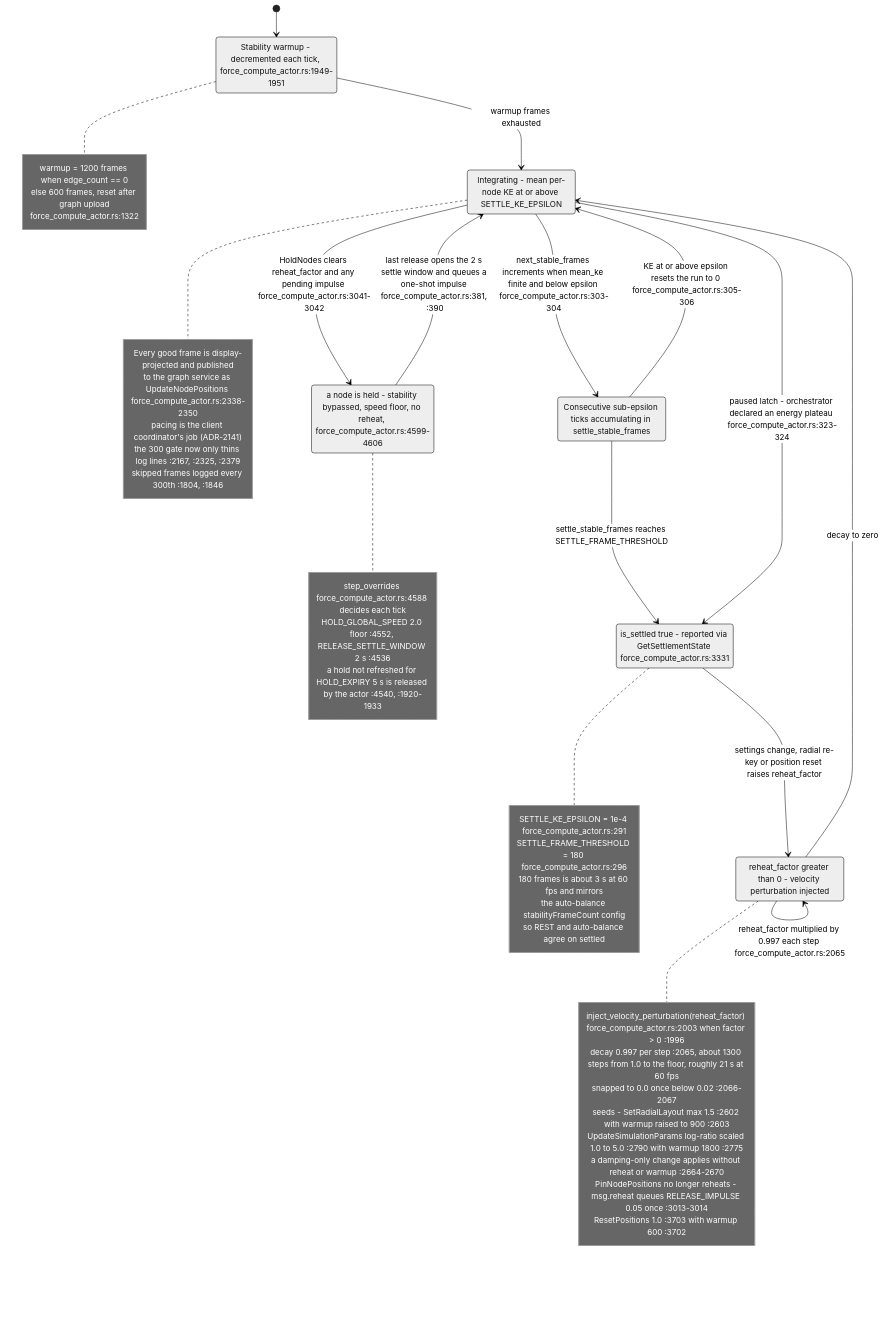
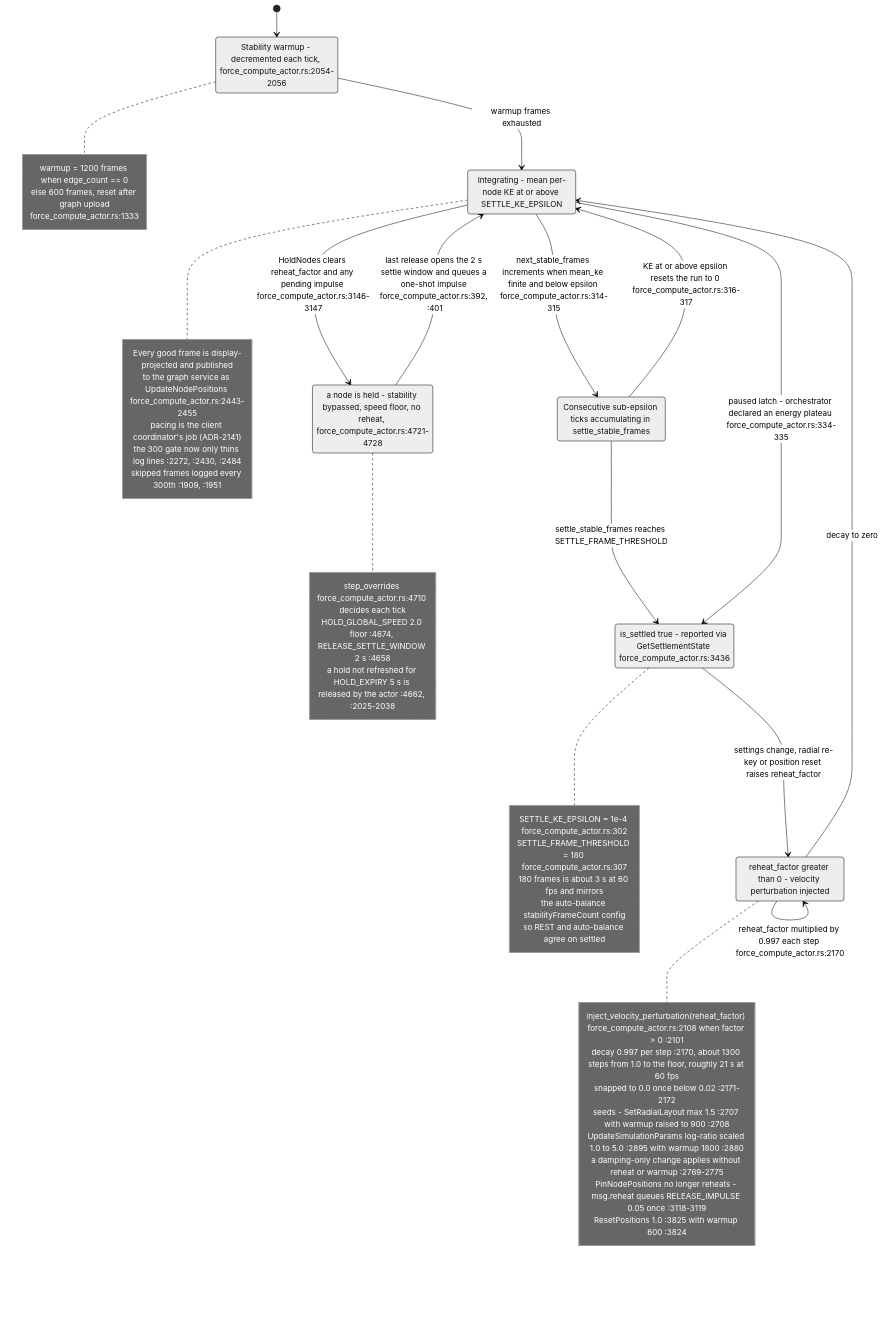
Before and after one commit to DreamLab-AI/VisionFlow: the seventh of 9 diagrams in docs/diagrams/visionclaw/11-physics-step-and-force-channels.md, drawn with Mermaid (neutral theme). The commit also changed other lines of this file and 81 other files, not shown here.

First line of the commit message:
docs(diagrams): roll VisionClaw topics to main 010e1109b (PR 37 and 38 merged); fix remaining prose citations

````diff
--- a/docs/diagrams/visionclaw/11-physics-step-and-force-channels.md
+++ b/docs/diagrams/visionclaw/11-physics-step-and-force-channels.md
@@ -285,56 +282,56 @@
 ```mermaid
 stateDiagram-v2
     [*] --> Warmup
-    Warmup: Stability warmup - decremented each tick, force_compute_actor.rs:1949-1951
+    Warmup: Stability warmup - decremented each tick, force_compute_actor.rs:2054-2056
     Active: Integrating - mean per-node KE at or above SETTLE_KE_EPSILON
     Settling: Consecutive sub-epsilon ticks accumulating in settle_stable_frames
-    Settled: is_settled true - reported via GetSettlementState force_compute_actor.rs:3331
+    Settled: is_settled true - reported via GetSettlementState force_compute_actor.rs:3436
     Reheated: reheat_factor greater than 0 - velocity perturbation injected
-    Held: a node is held - stability bypassed, speed floor, no reheat, force_compute_actor.rs:4599-4606
+    Held: a node is held - stability bypassed, speed floor, no reheat, force_compute_actor.rs:4721-4728
 
     Warmup --> Active: warmup frames exhausted
-    Active --> Settling: next_stable_frames increments when mean_ke finite and below epsilon force_compute_actor.rs:303-304
-    Settling --> Active: KE at or above epsilon resets the run to 0 force_compute_actor.rs:305-306
+    Active --> Settling: next_stable_frames increments when mean_ke finite and below epsilon force_compute_actor.rs:314-315
+    Settling --> Active: KE at or above epsilon resets the run to 0 force_compute_actor.rs:316-317
     Settling --> Settled: settle_stable_frames reaches SETTLE_FRAME_THRESHOLD
-    Active --> Settled: paused latch - orchestrator declared an energy plateau force_compute_actor.rs:323-324
+    Active --> Settled: paused latch - orchestrator declared an energy plateau force_compute_actor.rs:334-335
     Settled --> Reheated: settings change, radial re-key or position reset raises reheat_factor
     Reheated --> Active: decay to zero
-    Reheated --> Reheated: reheat_factor multiplied by 0.997 each step force_compute_actor.rs:2065
-    Active --> Held: HoldNodes clears reheat_factor and any pending impulse force_compute_actor.rs:3041-3042
-    Held --> Active: last release opens the 2 s settle window and queues a one-shot impulse force_compute_actor.rs:381, :390
+    Reheated --> Reheated: reheat_factor multiplied by 0.997 each step force_compute_actor.rs:2170
+    Active --> Held: HoldNodes clears reheat_factor and any pending impulse force_compute_actor.rs:3146-3147
+    Held --> Active: last release opens the 2 s settle window and queues a one-shot impulse force_compute_actor.rs:392, :401
 
     note right of Warmup
         warmup = 1200 frames when edge_count == 0
         else 600 frames, reset after graph upload
-        force_compute_actor.rs:1322
+        force_compute_actor.rs:1333
     end note
     note right of Settled
-        SETTLE_KE_EPSILON = 1e-4 force_compute_actor.rs:291
-        SETTLE_FRAME_THRESHOLD = 180 force_compute_actor.rs:296
+        SETTLE_KE_EPSILON = 1e-4 force_compute_actor.rs:302
+        SETTLE_FRAME_THRESHOLD = 180 force_compute_actor.rs:307
         180 frames is about 3 s at 60 fps and mirrors
         the auto-balance stabilityFrameCount config
         so REST and auto-balance agree on settled
     end note
     note right of Reheated
-        inject_velocity_perturbation(reheat_factor) force_compute_actor.rs:2003 when factor > 0 :1996
-        decay 0.997 per step :2065, about 1300 steps from 1.0 to the floor, roughly 21 s at 60 fps
-        snapped to 0.0 once below 0.02 :2066-2067
-        seeds - SetRadialLayout max 1.5 :2602 with warmup raised to 900 :2603
-        UpdateSimulationParams log-ratio scaled 1.0 to 5.0 :2790 with warmup 1800 :2775
-        a damping-only change applies without reheat or warmup :2664-2670
-        PinNodePositions no longer reheats - msg.reheat queues RELEASE_IMPULSE 0.05 once :3013-3014
-        ResetPositions 1.0 :3703 with warmup 600 :3702
+        inject_velocity_perturbation(reheat_factor) force_compute_actor.rs:2108 when factor > 0 :2101
+        decay 0.997 per step :2170, about 1300 steps from 1.0 to the floor, roughly 21 s at 60 fps
+        snapped to 0.0 once below 0.02 :2171-2172
+        seeds - SetRadialLayout max 1.5 :2707 with warmup raised to 900 :2708
+        UpdateSimulationParams log-ratio scaled 1.0 to 5.0 :2895 with warmup 1800 :2880
+        a damping-only change applies without reheat or warmup :2769-2775
+        PinNodePositions no longer reheats - msg.reheat queues RELEASE_IMPULSE 0.05 once :3118-3119
+        ResetPositions 1.0 :3825 with warmup 600 :3824
     end note
     note right of Held
-        step_overrides force_compute_actor.rs:4588 decides each tick
-        HOLD_GLOBAL_SPEED 2.0 floor :4552, RELEASE_SETTLE_WINDOW 2 s :4536
-        a hold not refreshed for HOLD_EXPIRY 5 s is released by the actor :4540, :1920-1933
+        step_overrides force_compute_actor.rs:4710 decides each tick
+        HOLD_GLOBAL_SPEED 2.0 floor :4674, RELEASE_SETTLE_WINDOW 2 s :4658
+        a hold not refreshed for HOLD_EXPIRY 5 s is released by the actor :4662, :2025-2038
     end note
     note right of Active
         Every good frame is display-projected and published
-        to the graph service as UpdateNodePositions force_compute_actor.rs:2338-2350
+        to the graph service as UpdateNodePositions force_compute_actor.rs:2443-2455
         pacing is the client coordinator's job (ADR-2141)
-        the 300 gate now only thins log lines :2167, :2325, :2379
-        skipped frames logged every 300th :1804, :1846
+        the 300 gate now only thins log lines :2272, :2430, :2484
+        skipped frames logged every 300th :1909, :1951
     end note
 ```
````
